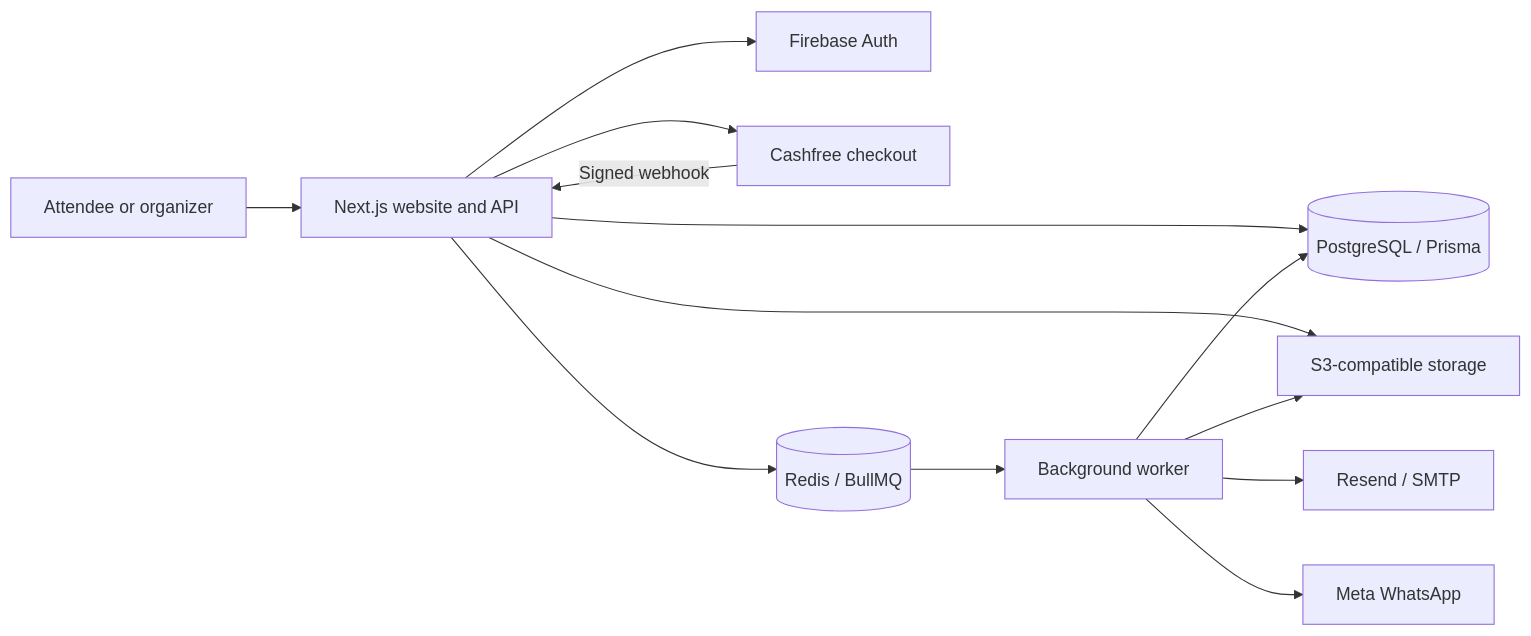
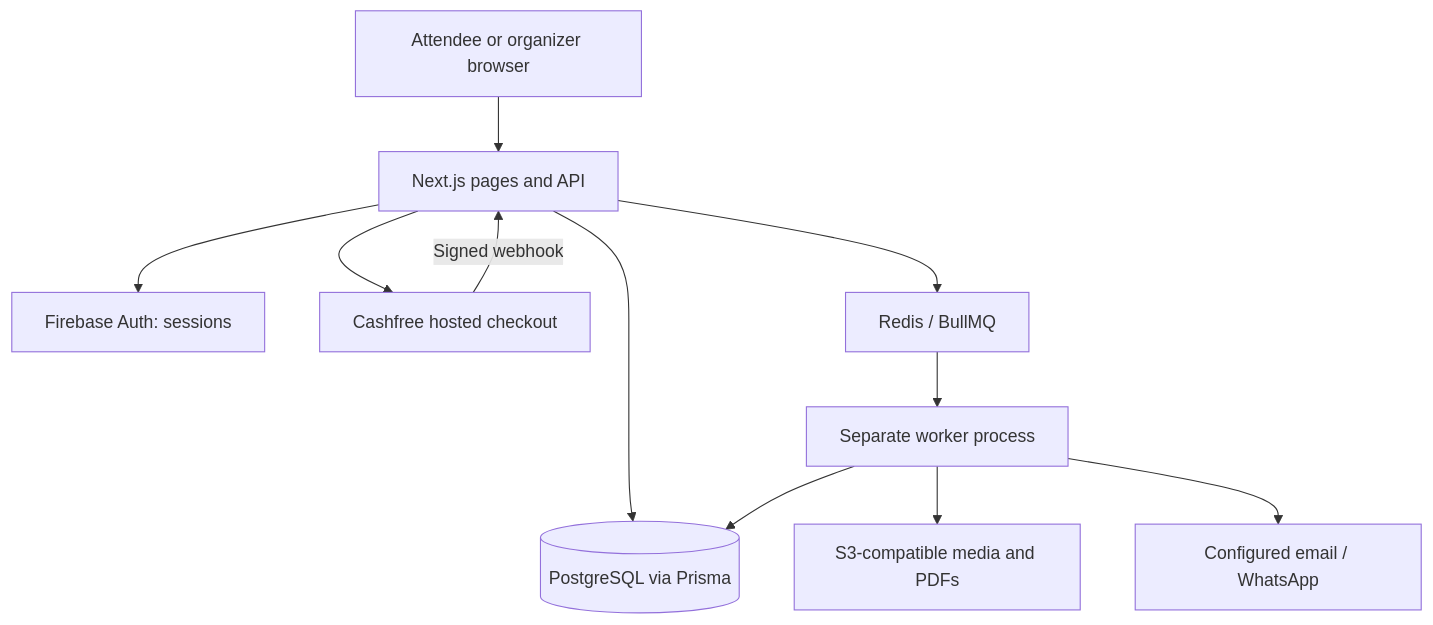
One commit to YadurajManu/raunak changed the diagram in README.md. Above: the diagram before and after it, drawn with Mermaid. The commit also changed other lines of this file, not shown here.

Commit message:
docs: redesign README with premium visuals, architecture diagrams, charts, and documentation

````diff
--- a/README.md
+++ b/README.md
@@ -75,15 +64,13 @@
 ```mermaid
-flowchart LR
-    Browser[Attendee or organizer] --> App[Next.js website and API]
-    App --> Auth[Firebase Auth]
-    App --> DB[(PostgreSQL / Prisma)]
-    App --> Storage[S3-compatible storage]
-    App --> Cashfree[Cashfree checkout]
-    Cashfree -->|Signed webhook| App
-    App --> Queue[(Redis / BullMQ)]
-    Queue --> Worker[Background worker]
-    Worker --> DB
-    Worker --> Storage
-    Worker --> Email[Resend / SMTP]
-    Worker --> WhatsApp[Meta WhatsApp]
+flowchart TD
+  Browser[Attendee or organizer browser] --> Web[Next.js pages and API]
+  Web --> Auth[Firebase Auth: sessions]
+  Web --> DB[(PostgreSQL via Prisma)]
+  Web --> Cashfree[Cashfree hosted checkout]
+  Cashfree -->|Signed webhook| Web
+  Web --> Queue[Redis / BullMQ]
+  Queue --> Worker[Separate worker process]
+  Worker --> DB
+  Worker --> Storage[S3-compatible media and PDFs]
+  Worker --> Delivery[Configured email / WhatsApp]
 ```
````
